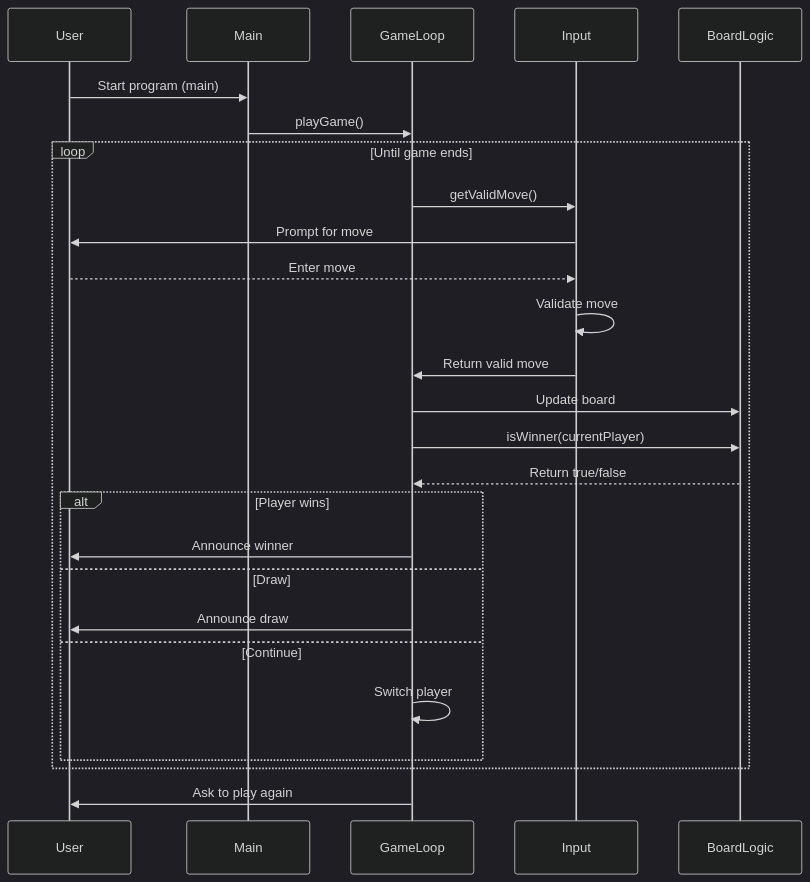
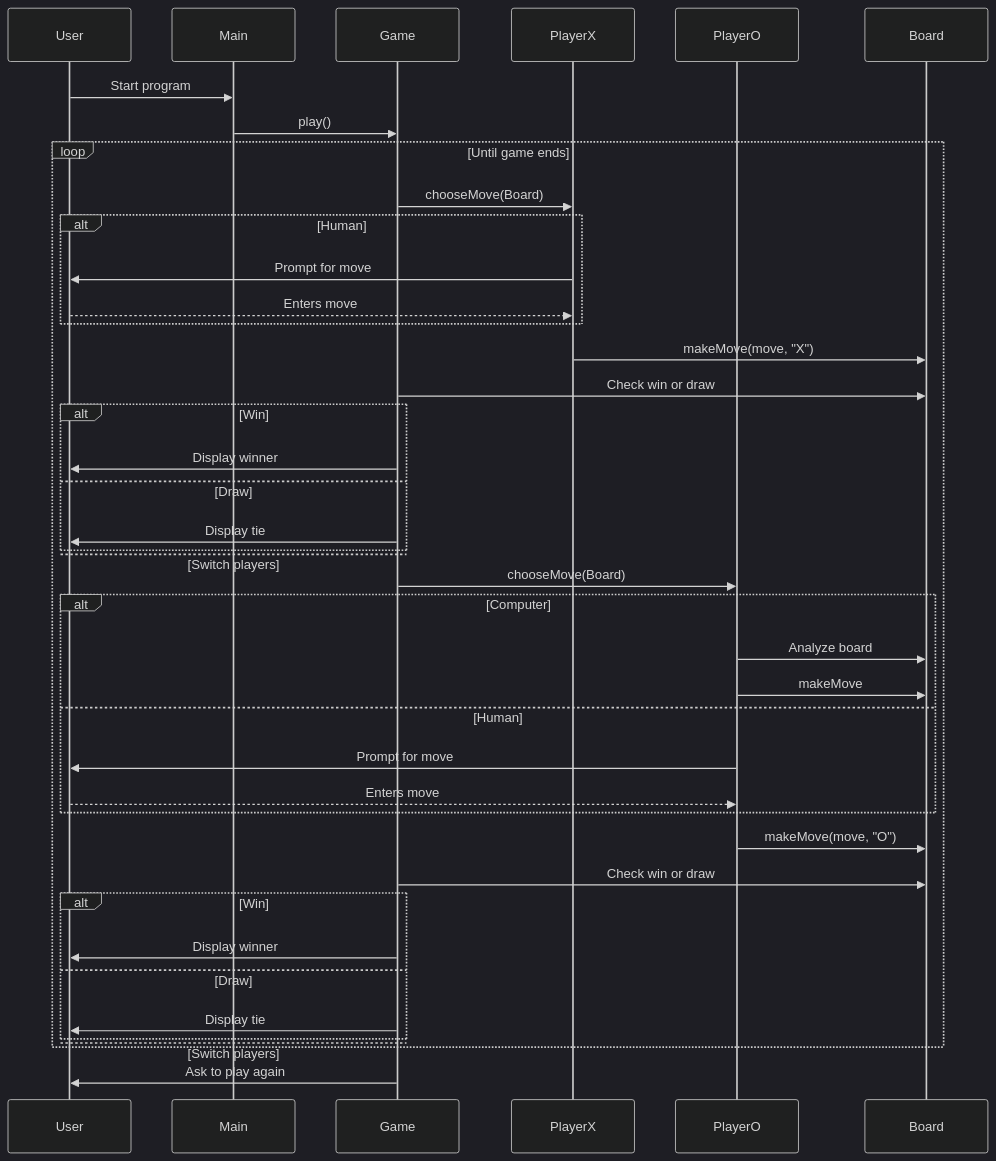
The diagram in README.md (judith-java2/Portfolio), drawn with Mermaid (dark theme) before and after one commit. The commit also changed other lines of this file and 5 other files, not shown here.

````diff
--- a/README.md
+++ b/README.md
@@ -36,32 +76,48 @@
 ```mermaid
 sequenceDiagram
     participant User
     participant Main
-    participant GameLoop
-    participant Input
-    participant BoardLogic
+    participant Game
+    participant PlayerX
+    participant PlayerO
+    participant Board
 
-    User->>Main: Start program (main)
-    Main->>GameLoop: playGame()
+    User->>Main: Start program
+    Main->>Game: play()
 
     loop Until game ends
-        GameLoop->>Input: getValidMove()
-        Input->>User: Prompt for move
-        User-->>Input: Enter move
-        Input->>Input: Validate move
-        Input->>GameLoop: Return valid move
+        Game->>PlayerX: chooseMove(Board)
+        alt Human
+            PlayerX->>User: Prompt for move
+            User-->>PlayerX: Enters move
+        end
+        PlayerX->>Board: makeMove(move, "X")
+        Game->>Board: Check win or draw
 
-        GameLoop->>BoardLogic: Update board
-        GameLoop->>BoardLogic: isWinner(currentPlayer)
-        BoardLogic-->>GameLoop: Return true/false
+        alt Win
+            Game->>User: Display winner
+        else Draw
+            Game->>User: Display tie
+        else Switch players
+        end
 
-        alt Player wins
-            GameLoop->>User: Announce winner
+        Game->>PlayerO: chooseMove(Board)
+        alt Computer
+            PlayerO->>Board: Analyze board
+            PlayerO->>Board: makeMove
+        else Human
+            PlayerO->>User: Prompt for move
+            User-->>PlayerO: Enters move
+        end
+        PlayerO->>Board: makeMove(move, "O")
+        Game->>Board: Check win or draw
+
+        alt Win
+            Game->>User: Display winner
         else Draw
-            GameLoop->>User: Announce draw
-        else Continue
-            GameLoop->>GameLoop: Switch player
+            Game->>User: Display tie
+        else Switch players
         end
     end
-    GameLoop->>User: Ask to play again
+    Game->>User: Ask to play again
 ```
````
